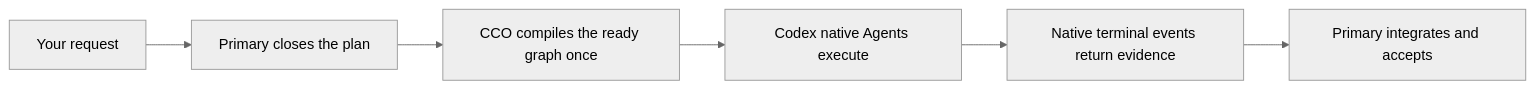
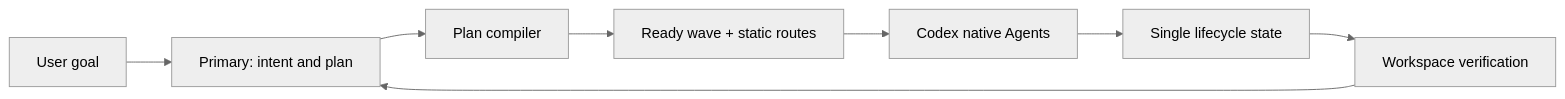
The diagram in README.md (KirschBluteX/agent-orchestration-gateway), drawn with Mermaid (neutral theme) before and after one commit. The commit also changed other lines of this file and 53 other files, not shown here.

````diff
--- a/README.md
+++ b/README.md
@@ -39,8 +29,10 @@
 ```mermaid
 flowchart LR
-    U["Your request"] --> P["Primary closes the plan"]
-    P --> R["CCO compiles the ready graph once"]
-    R --> A["Codex native Agents execute"]
-    A --> E["Native terminal events return evidence"]
-    E --> V["Primary integrates and accepts"]
+    U["User goal"] --> P["Primary: intent and plan"]
+    P --> C["Plan compiler"]
+    C --> W["Ready wave + static routes"]
+    W --> A["Codex native Agents"]
+    A --> L["Single lifecycle state"]
+    L --> G["Workspace verification"]
+    G --> P
 ```
````
